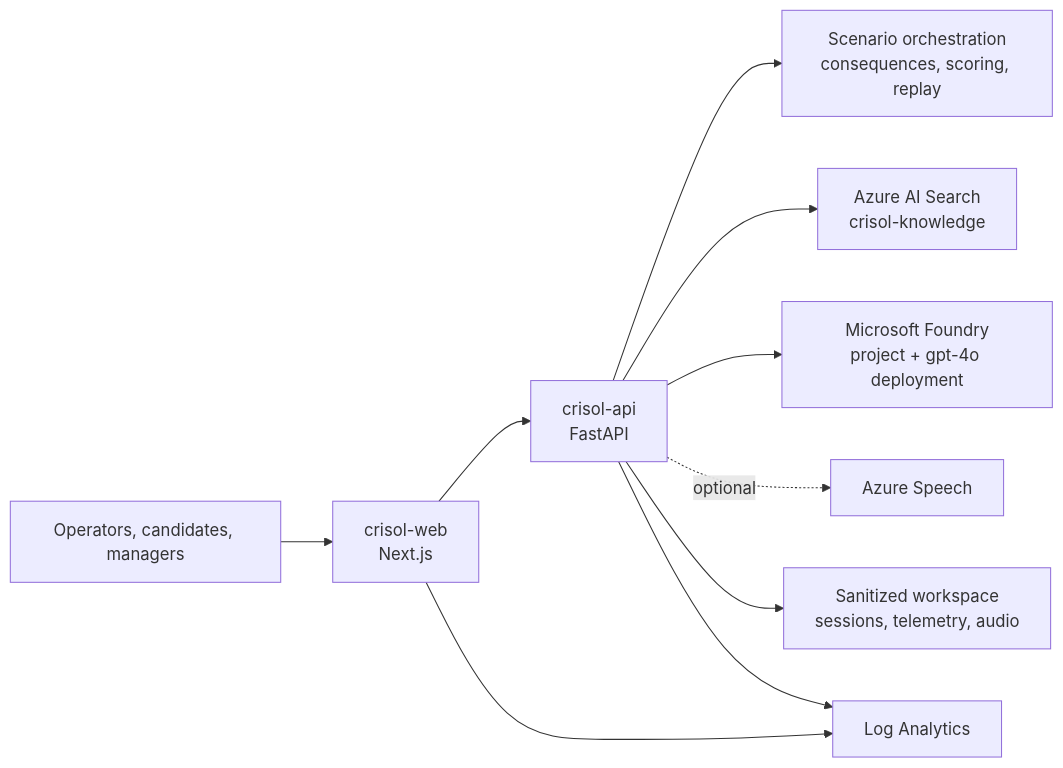
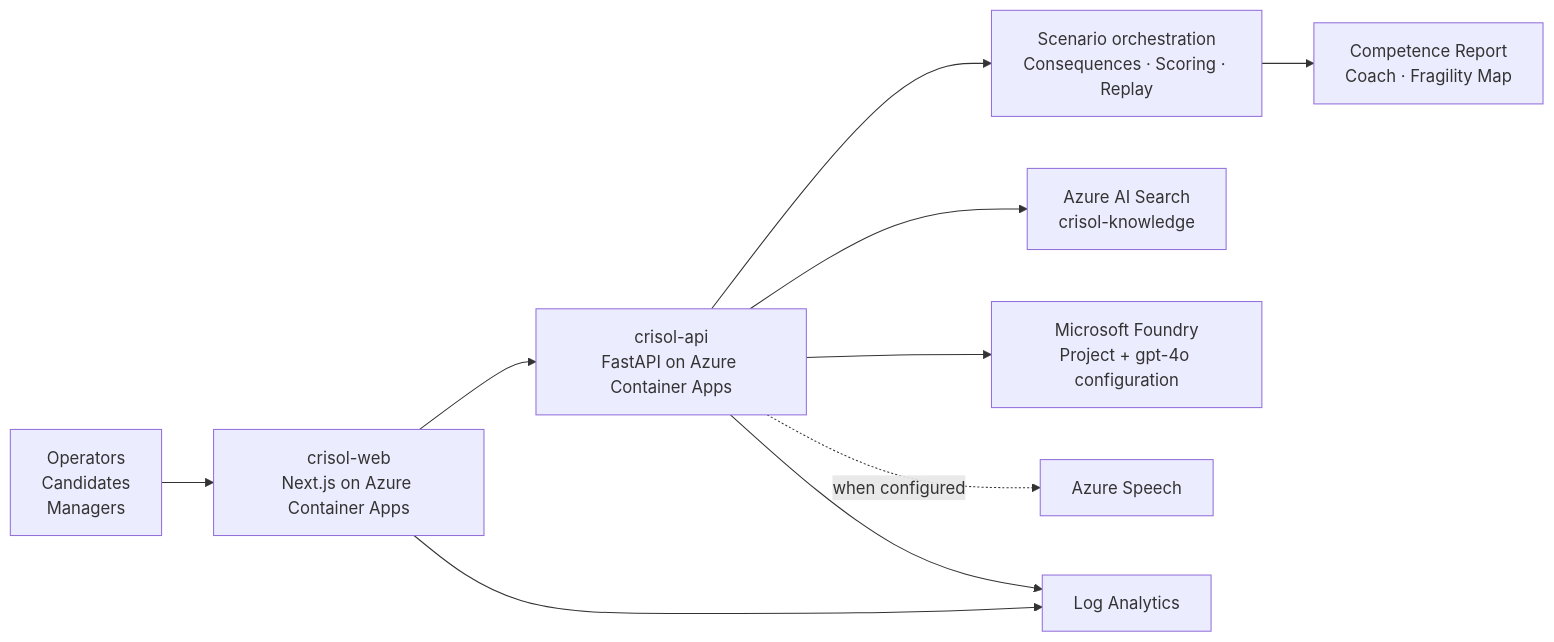
The diagram in README.md (jpablortiz96/crisol-enterprise-holodeck), drawn with Mermaid before and after one commit. The commit also changed other lines of this file and 11 other files, not shown here.

Commit message:
docs: upgrade readme and microsoft architecture

````diff
--- a/README.md
+++ b/README.md
@@ -187,12 +243,12 @@
 ```mermaid
 flowchart LR
-    User[Operators, candidates, managers] --> Web[crisol-web<br/>Next.js]
-    Web --> API[crisol-api<br/>FastAPI]
-    API --> Simulation[Scenario orchestration<br/>consequences, scoring, replay]
-    API --> Search[Azure AI Search<br/>crisol-knowledge]
-    API --> Foundry[Microsoft Foundry<br/>project + gpt-4o deployment]
-    API -. optional .-> Speech[Azure Speech]
-    API --> Runtime[Sanitized workspace<br/>sessions, telemetry, audio]
-    Web --> Logs[Log Analytics]
+    User["Operators<br/>Candidates<br/>Managers"] --> Web["crisol-web<br/>Next.js on Azure Container Apps"]
+    Web --> API["crisol-api<br/>FastAPI on Azure Container Apps"]
+    API --> Core["Scenario orchestration<br/>Consequences · Scoring · Replay"]
+    API --> Search["Azure AI Search<br/>crisol-knowledge"]
+    API --> Foundry["Microsoft Foundry<br/>Project + gpt-4o configuration"]
+    API -. "when configured" .-> Speech["Azure Speech"]
+    Core --> Insight["Competence Report<br/>Coach · Fragility Map"]
+    Web --> Logs["Log Analytics"]
     API --> Logs
 ```
````
